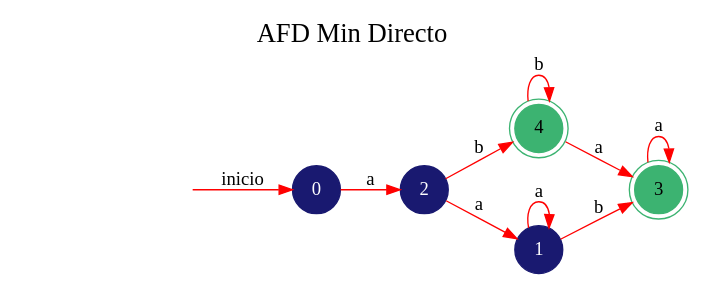
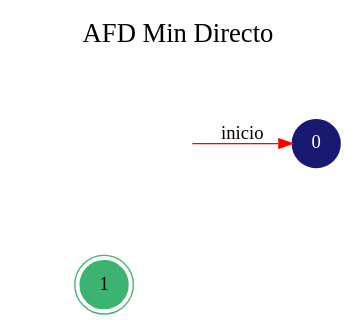
One commit to fcpauldiaz-archive/Automata changed the diagram in GeneracionAutomatas/DOT/AFD Min Directo.dot. Above: the diagram before and after it, drawn with Graphviz. The commit also changed 20 other files, not shown here.

```diff
--- a/GeneracionAutomatas/DOT/AFD Min Directo.dot
+++ b/GeneracionAutomatas/DOT/AFD Min Directo.dot
@@ -1,18 +1,10 @@
 digraph automata_finito {
 	rankdir=LR;
 	graph [label="AFD Min Directo", labelloc=t, fontsize=20]; 
-	node [shape=doublecircle, style = filled,color = mediumseagreen]; 3 4;
+	node [shape=doublecircle, style = filled,color = mediumseagreen]; 1;
 	node [shape=circle];
 	node [color=midnightblue,fontcolor=white];
 	edge [color=red];
 	secret_node [style=invis];
 	secret_node -> 0 [label="inicio"];
-	0 -> 2 [label="a"];
-	1 -> 1 [label="a"];
-	1 -> 3 [label="b"];
-	2 -> 1 [label="a"];
-	2 -> 4 [label="b"];
-	3 -> 3 [label="a"];
-	4 -> 3 [label="a"];
-	4 -> 4 [label="b"];
 }
```
